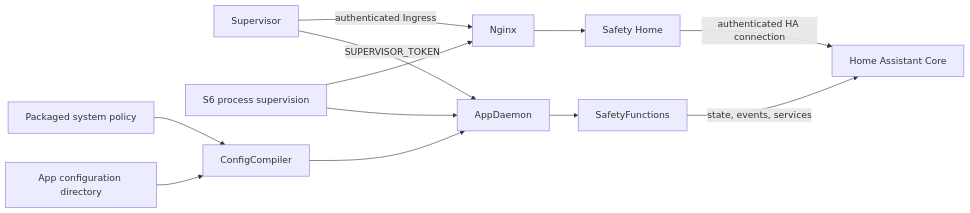
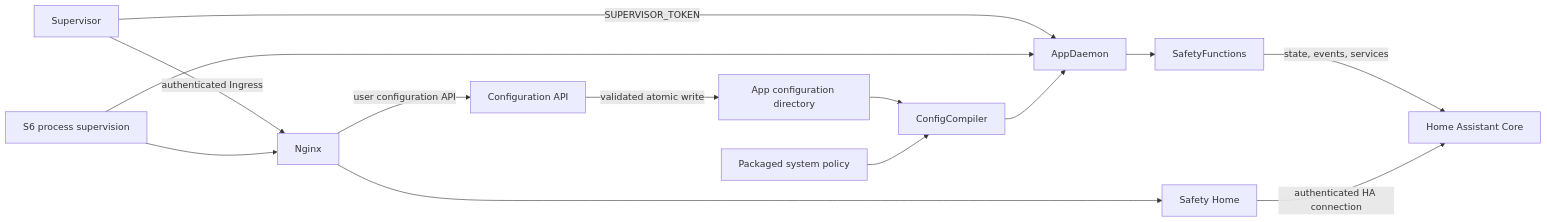
The diagram in docs/features/Home Assistant App - Architecture.md (Arkaqius/SafetyComponent), drawn with Mermaid before and after one commit. The commit also changed other lines of this file and 22 other files, not shown here.

````diff
--- a/docs/features/Home Assistant App - Architecture.md
+++ b/docs/features/Home Assistant App - Architecture.md
@@ -15,14 +15,16 @@
 ```mermaid
 flowchart LR
     Supervisor -->|SUPERVISOR_TOKEN| AppDaemon
     Supervisor -->|authenticated Ingress| Nginx
+    Nginx -->|user configuration API| ConfigApi[Configuration API]
     AppDaemon --> SafetyFunctions
     SafetyFunctions -->|state, events, services| HomeAssistant[Home Assistant Core]
     SafetyHome[Safety Home] -->|authenticated HA connection| HomeAssistant
     Nginx --> SafetyHome
     S6[S6 process supervision] --> AppDaemon
     S6 --> Nginx
     AppConfig[App configuration directory] --> ConfigCompiler
+    ConfigApi -->|validated atomic write| AppConfig
     PackagedPolicy[Packaged system policy] --> ConfigCompiler
     ConfigCompiler --> AppDaemon
 ```
````
